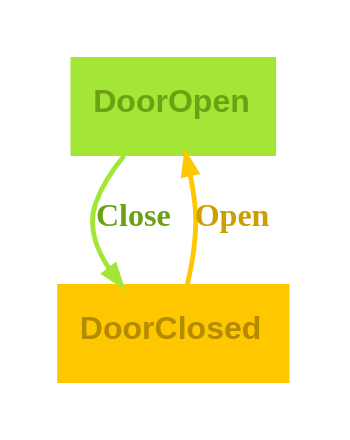
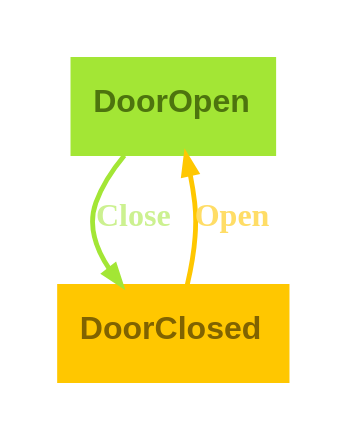
One commit to m-bock/purescript-transit changed the diagram in renders/door-dark.dot. Above: the diagram before and after it, drawn with Graphviz. The commit also changed 41 other files, not shown here.

Commit message:
Refactor Graphviz integration and rendering options; update layout specifications across examples, enhance state diagram generation with new layout attributes, and improve documentation clarity in tutorial examples for Circle, CountDown, and Door.

```diff
--- a/renders/door-dark.dot
+++ b/renders/door-dark.dot
@@ -1,8 +1,8 @@
 digraph 
 {
-rankdir = "TD";fontname = "Arial";labelloc = "t";fontsize = 12;bgcolor = "#ffffff";color = "#000000";fontcolor = "#000000";pad = 0.2;rankdir = "TD"
-DoorOpen [shape = "box", label = <<b>DoorOpen</b>>, fontsize = 12, style = "filled", fillcolor = "#a3e635", fontcolor = "#6ca114", color = "#a3e635", fontname = "Arial", labelloc = "c", penwidth = 1.0]
-DoorOpen -> DoorClosed [color = "#a3e635", fontcolor = "#6ca114", fontsize = 12, arrowsize = "0.7", label = <<b>Close</b>>, penwidth = 1.8]
-DoorClosed [shape = "box", label = <<b>DoorClosed</b>>, fontsize = 12, style = "filled", fillcolor = "#ffc700", fontcolor = "#b38b00", color = "#ffc700", fontname = "Arial", labelloc = "c", penwidth = 1.0]
-DoorClosed -> DoorOpen [color = "#ffc700", fontcolor = "#cc9f00", fontsize = 12, arrowsize = "0.7", label = <<b>Open</b>>, penwidth = 1.8]
+rankdir = "TD";fontname = "Arial";labelloc = "t";fontsize = 12;bgcolor = "#00000000";color = "#c8c8c8";fontcolor = "#c8c8c8";pad = 0.2;layout = "dot";rankdir = "TD"
+DoorOpen [shape = "box", label = <<b>DoorOpen</b>>, fontsize = 12, style = "filled", fillcolor = "#a3e635", fontcolor = "#4d740e", color = "#a3e635", fontname = "Arial", labelloc = "c", penwidth = 1.0]
+DoorOpen -> DoorClosed [color = "#a3e635", fontcolor = "#ccf190", fontsize = 12, arrowsize = "0.7", label = <<b>Close</b>>, penwidth = 1.8]
+DoorClosed [shape = "box", label = <<b>DoorClosed</b>>, fontsize = 12, style = "filled", fillcolor = "#ffc700", fontcolor = "#806300", color = "#ffc700", fontname = "Arial", labelloc = "c", penwidth = 1.0]
+DoorClosed -> DoorOpen [color = "#ffc700", fontcolor = "#ffdd66", fontsize = 12, arrowsize = "0.7", label = <<b>Open</b>>, penwidth = 1.8]
 }
```
